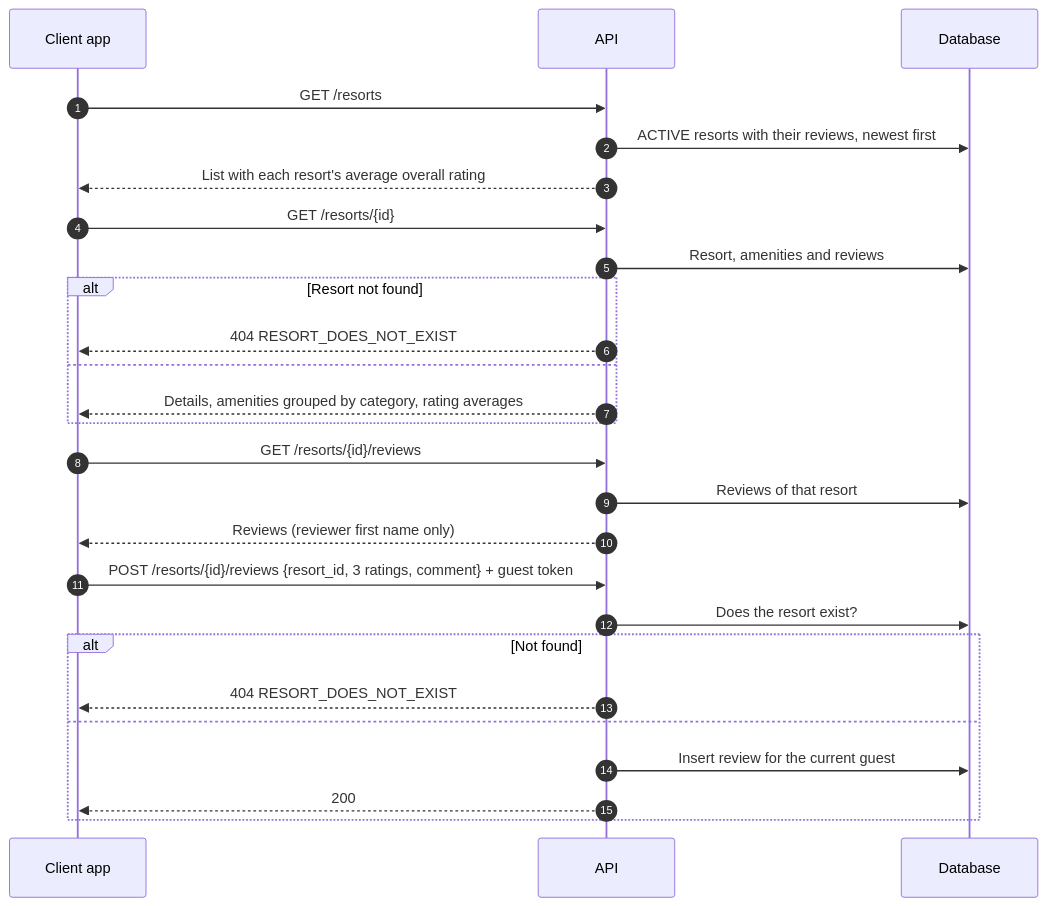
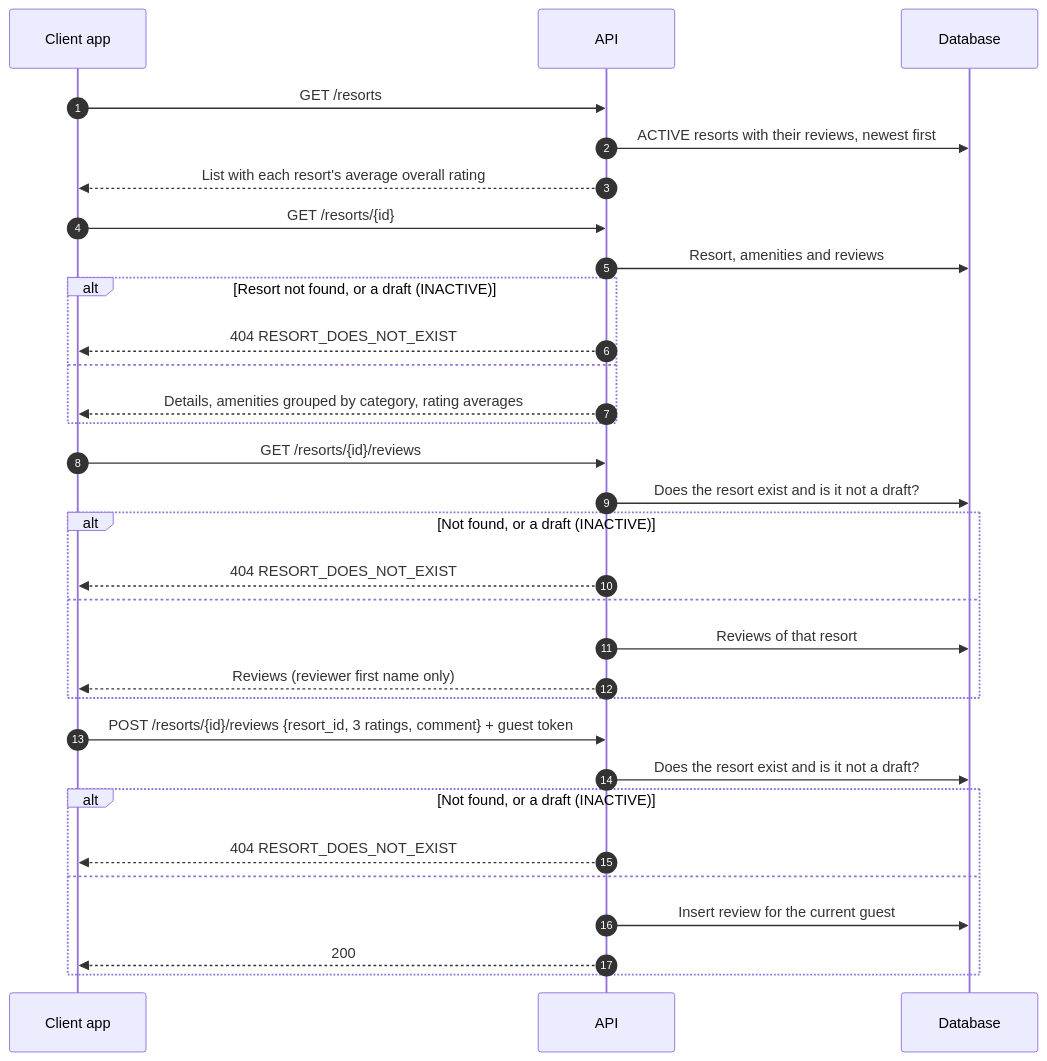
Before and after one commit to jvcarpena/cozi-app-be: the diagram in documentations/Guest/Resort.md, drawn with Mermaid. The commit also changed other lines of this file and 24 other files, not shown here.

````diff
--- a/documentations/Guest/Resort.md
+++ b/documentations/Guest/Resort.md
@@ -7,32 +7,37 @@
 ```mermaid
 sequenceDiagram
     autonumber
     participant C as Client app
     participant A as API
     participant D as Database
 
     C->>A: GET /resorts
     A->>D: ACTIVE resorts with their reviews, newest first
     A-->>C: List with each resort's average overall rating
 
     C->>A: GET /resorts/{id}
     A->>D: Resort, amenities and reviews
-    alt Resort not found
+    alt Resort not found, or a draft (INACTIVE)
         A-->>C: 404 RESORT_DOES_NOT_EXIST
     else
         A-->>C: Details, amenities grouped by category, rating averages
     end
 
     C->>A: GET /resorts/{id}/reviews
-    A->>D: Reviews of that resort
-    A-->>C: Reviews (reviewer first name only)
+    A->>D: Does the resort exist and is it not a draft?
+    alt Not found, or a draft (INACTIVE)
+        A-->>C: 404 RESORT_DOES_NOT_EXIST
+    else
+        A->>D: Reviews of that resort
+        A-->>C: Reviews (reviewer first name only)
+    end
 
     C->>A: POST /resorts/{id}/reviews {resort_id, 3 ratings, comment} + guest token
-    A->>D: Does the resort exist?
-    alt Not found
+    A->>D: Does the resort exist and is it not a draft?
+    alt Not found, or a draft (INACTIVE)
         A-->>C: 404 RESORT_DOES_NOT_EXIST
     else
         A->>D: Insert review for the current guest
         A-->>C: 200
     end
 ```
````
